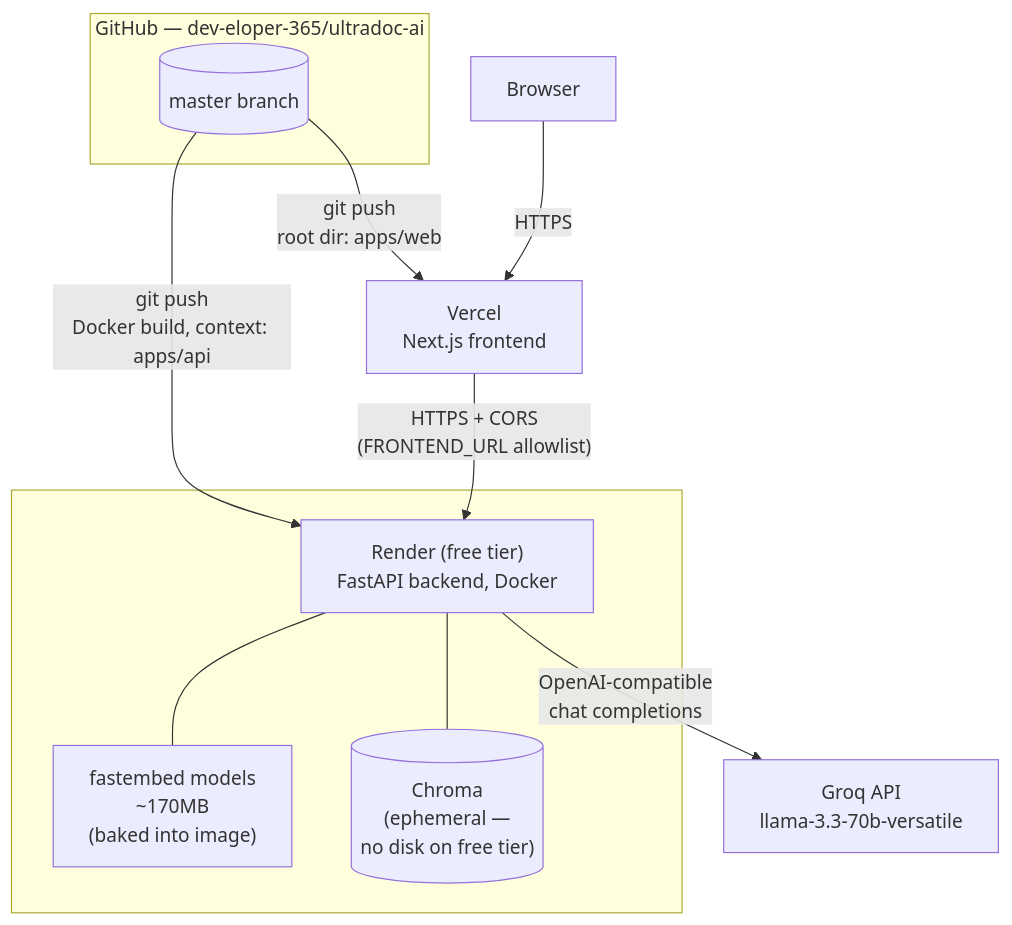
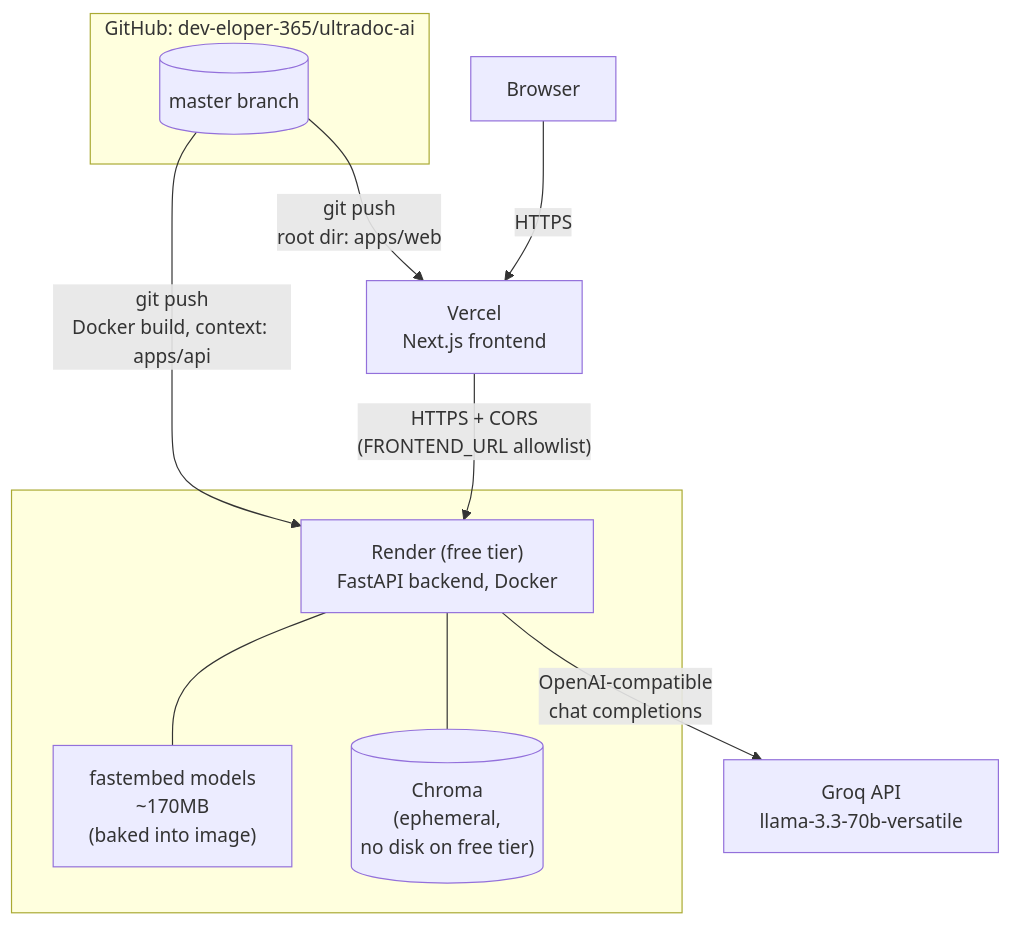
The second of 3 diagrams in README.md (dev-eloper-365/ultradoc-ai), drawn with Mermaid before and after one commit. The commit also changed other lines of this file and 1 other file, not shown here.

````diff
--- a/README.md
+++ b/README.md
@@ -124,22 +129,22 @@
 ```mermaid
 flowchart TB
     User[Browser] -->|HTTPS| Vercel
 
-    subgraph GH["GitHub — dev-eloper-365/ultradoc-ai"]
+    subgraph GH["GitHub: dev-eloper-365/ultradoc-ai"]
         Repo[(master branch)]
     end
 
     Repo -->|"git push<br/>root dir: apps/web"| Vercel["Vercel<br/>Next.js frontend"]
     Repo -->|"git push<br/>Docker build, context: apps/api"| Render["Render (free tier)<br/>FastAPI backend, Docker"]
 
     Vercel -->|"HTTPS + CORS<br/>(FRONTEND_URL allowlist)"| Render
     Render -->|"OpenAI-compatible<br/>chat completions"| Groq[Groq API<br/>llama-3.3-70b-versatile]
 
     subgraph RenderBox[" "]
         Render
-        Chroma[("Chroma<br/>(ephemeral —<br/>no disk on free tier)")]
+        Chroma[("Chroma<br/>(ephemeral,<br/>no disk on free tier)")]
         Models["fastembed models<br/>~170MB<br/>(baked into image)"]
         Render --- Chroma
         Render --- Models
     end
 ```
````
